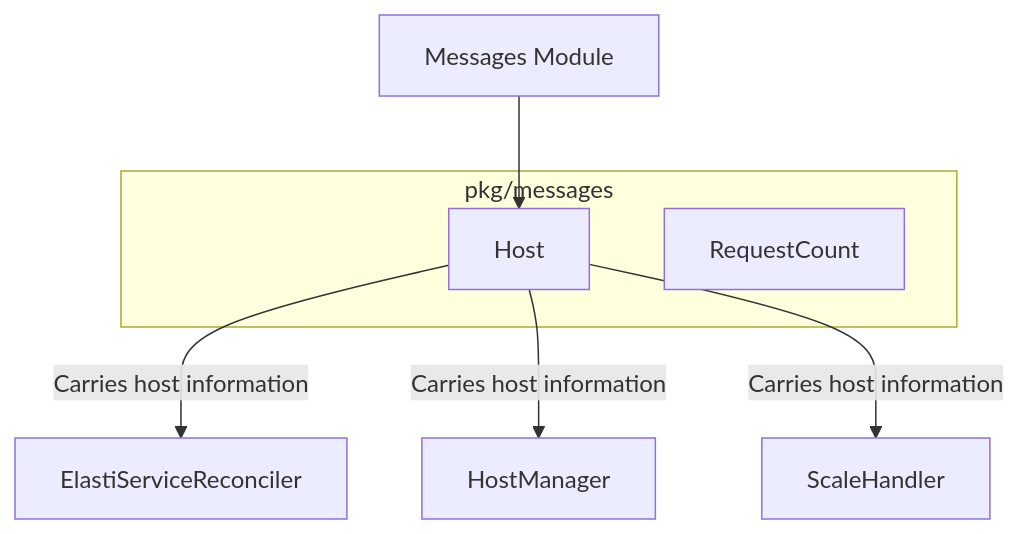
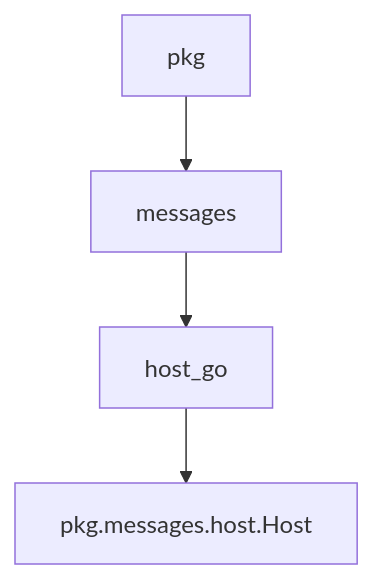
The diagram in demo/repos/KubeElasti/host_go.md (ShreyasPatel031/CodeWiki), drawn with Mermaid before and after one commit. The commit also changed other lines of this file and 55 other files, not shown here.

````diff
--- a/demo/repos/KubeElasti/host_go.md
+++ b/demo/repos/KubeElasti/host_go.md
@@ -36,18 +41,8 @@
 ```mermaid
-flowchart TD
-    A[Messages Module] --> B[Host]
+graph TD
+    pkg[pkg] --> messages[messages]
+    messages --> host_go[host_go]
+    host_go --> Host_Struct[pkg.messages.host.Host]
 
-    subgraph pkg/messages
-        B
-        C[RequestCount]
-    end
-
-    B -- "Carries host information" --> D[ElastiServiceReconciler]
-    B -- "Carries host information" --> E[HostManager]
-    B -- "Carries host information" --> F[ScaleHandler]
-
-    click D "operator_internal_controller.md" "View Operator Internal Controller Module"
-    click E "resolver.md" "View Resolver Module"
-    click F "scaling_scale_handler.md" "View Scaling Scale Handler Module"
-    click C "operator_go.md" "View Operator Go Module"
+    click messages "messages.md" "View Messages Module Documentation"
 ```
````
